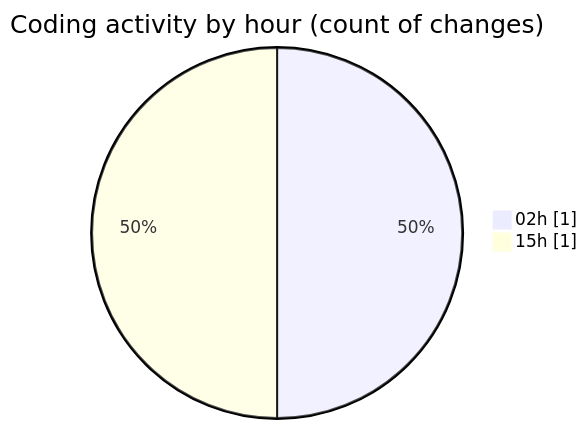
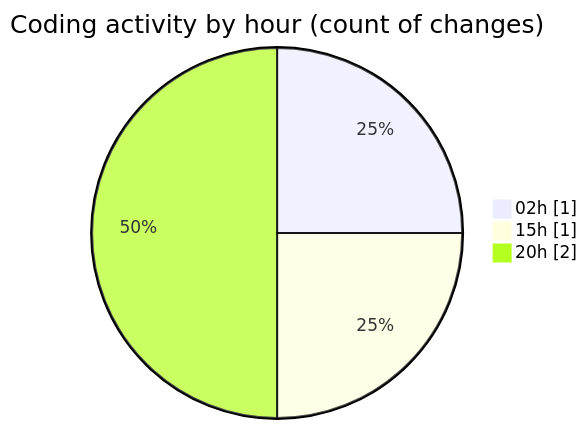
The second of 2 diagrams in 2025-09-05/erp-alpha/README.md (FelipKnott/code-tracking), drawn with Mermaid before and after one commit. The commit also changed other lines of this file and 1 other file, not shown here.

````diff
--- a/2025-09-05/erp-alpha/README.md
+++ b/2025-09-05/erp-alpha/README.md
@@ -28,6 +31,7 @@
 ```mermaid
 pie showData
 title Coding activity by hour (count of changes)
 "02h" : 1
 "15h" : 1
+"20h" : 2
 ```
````
